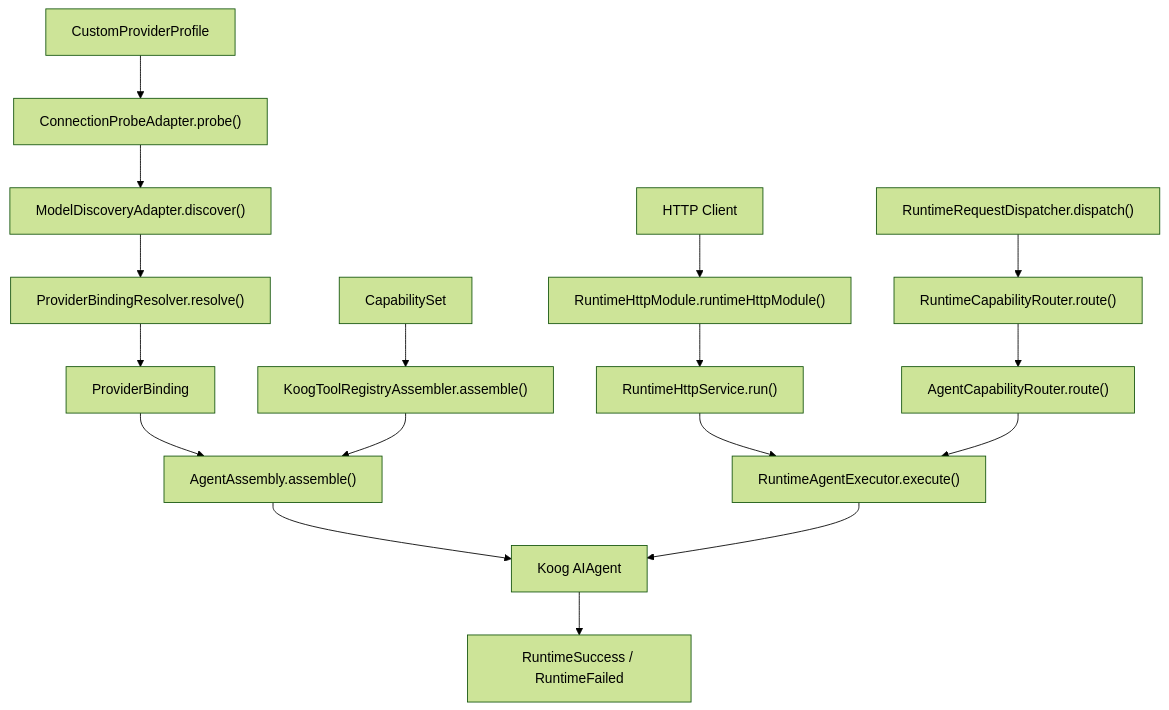
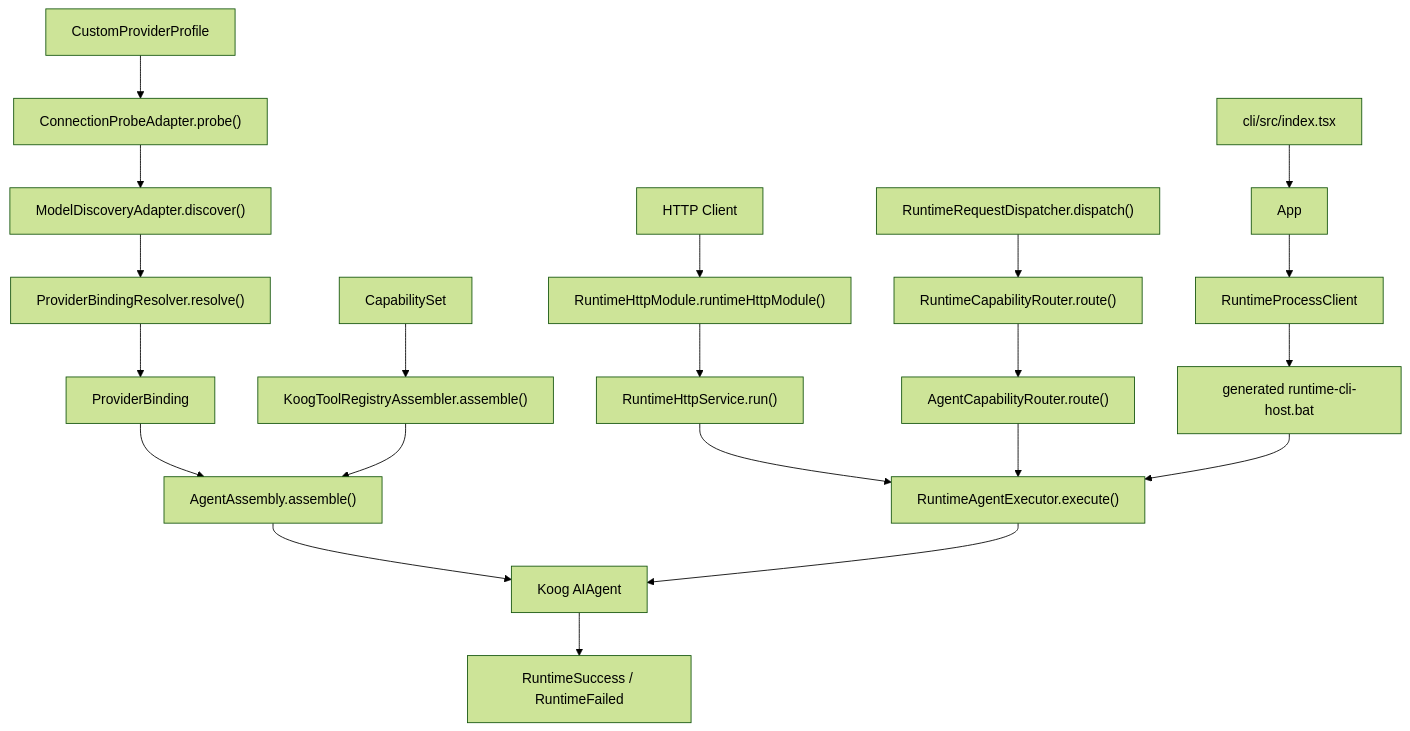
The first of 11 diagrams in docs/MAIN_LOGIC_RELATIONSHIPS.md (mulehang6/mulehang-agent), drawn with Mermaid (forest theme) before and after one commit. The commit also changed other lines of this file and 1 other file, not shown here.

First line of the commit message:
docs(cli): 添加 CLI 模块逻辑关系文档并更新主线文档

````diff
--- a/docs/MAIN_LOGIC_RELATIONSHIPS.md
+++ b/docs/MAIN_LOGIC_RELATIONSHIPS.md
@@ -12,22 +13,27 @@
 ```mermaid
 flowchart TD
     HttpClient["HTTP Client"] --> RuntimeHttpModule["RuntimeHttpModule.runtimeHttpModule()"]
     RuntimeHttpModule --> RuntimeHttpService["RuntimeHttpService.run()"]
     RuntimeHttpService --> RuntimeAgentExecutor["RuntimeAgentExecutor.execute()"]
 
     RuntimeEntry["RuntimeRequestDispatcher.dispatch()"] --> RuntimeRouter["RuntimeCapabilityRouter.route()"]
     RuntimeRouter --> AgentCapabilityRouter["AgentCapabilityRouter.route()"]
     AgentCapabilityRouter --> RuntimeAgentExecutor
 
     ProviderProfile["CustomProviderProfile"] --> Probe["ConnectionProbeAdapter.probe()"]
     Probe --> Discovery["ModelDiscoveryAdapter.discover()"]
     Discovery --> BindingResolver["ProviderBindingResolver.resolve()"]
     BindingResolver --> ProviderBinding["ProviderBinding"]
 
     CapabilitySet["CapabilitySet"] --> ToolRegistryAssembler["KoogToolRegistryAssembler.assemble()"]
     ProviderBinding --> AgentAssembly["AgentAssembly.assemble()"]
     ToolRegistryAssembler --> AgentAssembly
     AgentAssembly --> KoogAgent["Koog AIAgent"]
     RuntimeAgentExecutor --> KoogAgent
     KoogAgent --> RuntimeResult["RuntimeSuccess / RuntimeFailed"]
+
+    CliEntry["cli/src/index.tsx"] --> CliApp["App"]
+    CliApp --> RuntimeProcessClient["RuntimeProcessClient"]
+    RuntimeProcessClient --> RuntimeCliHost["generated runtime-cli-host.bat"]
+    RuntimeCliHost --> RuntimeAgentExecutor
 ```
````
